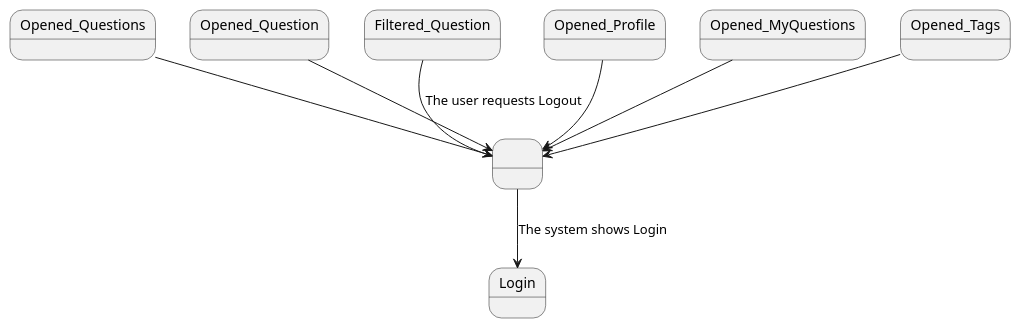
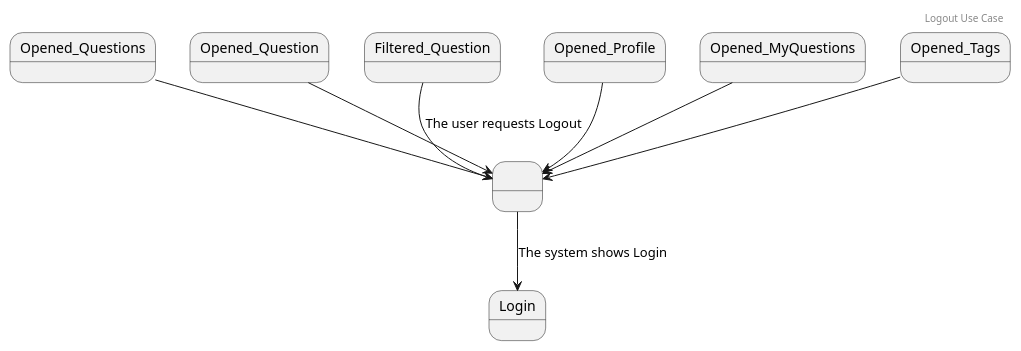
The diagram in src/main/resources/templates/especificacionCasosDeUsoLogout.plantuml (rafaelacirino/miw-backend-foro), drawn with PlantUML before and after one commit. The commit also changed 20 other files, not shown here.

Commit message:
adding more diagrams

```diff
--- a/src/main/resources/templates/especificacionCasosDeUsoLogout.plantuml
+++ b/src/main/resources/templates/especificacionCasosDeUsoLogout.plantuml
@@ -1,13 +1,15 @@
 @startuml
+
+header Logout Use Case
 
 state " " as Logout
 
 Opened_Questions --> Logout
 Opened_Question --> Logout
 Filtered_Question --> Logout : The user requests Logout
 Opened_Profile -down-> Logout
 Opened_MyQuestions -down-> Logout
 Opened_Tags -down-> Logout
 Logout -down-> Login : The system shows Login
 
 @enduml
```
